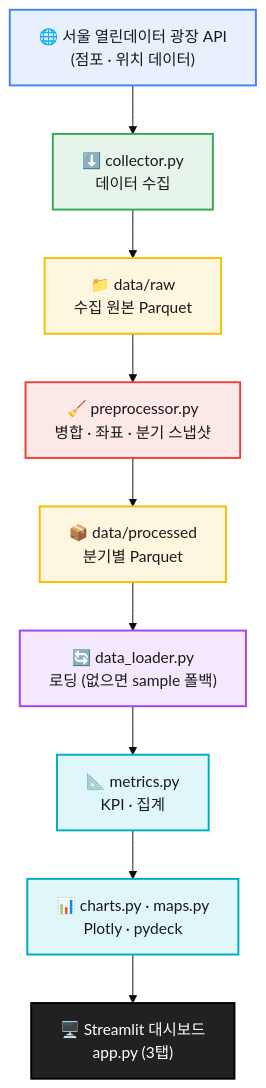
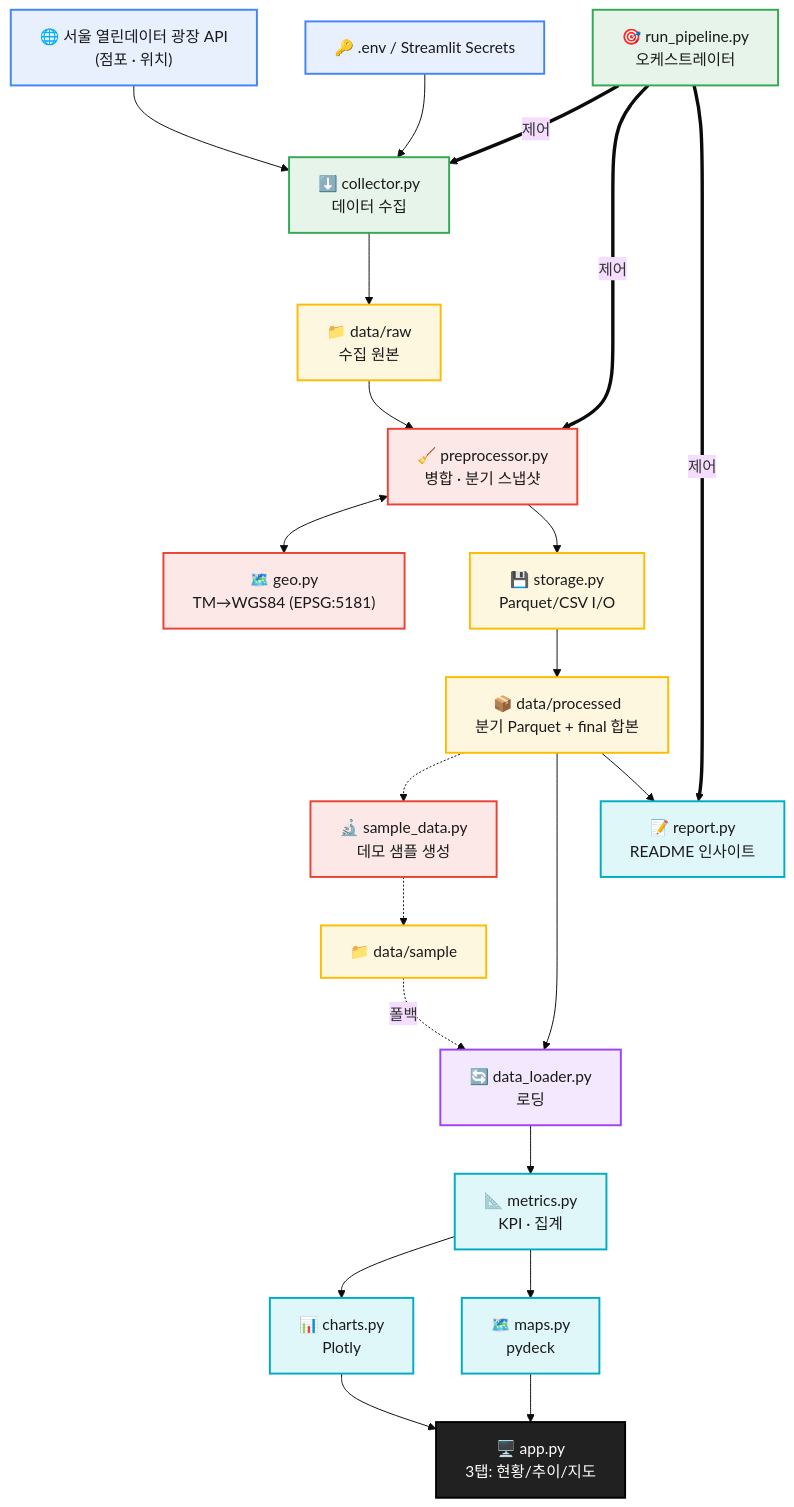
The diagram in README.md (JamesRhee1/seoul-local-market-remake), drawn with Mermaid (base theme) before and after one commit. The commit also changed other lines of this file and 1 other file, not shown here.

Commit message:
Sync README and project notes with current pipeline architecture.
Add run_pipeline orchestration, storage/geo/sample_data nodes, and 52-test CI layout to docs.

````diff
--- a/README.md
+++ b/README.md
@@ -243,22 +243,53 @@
 ```mermaid
 flowchart TD
-    A["🌐 서울 열린데이터 광장 API<br/>(점포 · 위치 데이터)"]:::source
-    B["⬇️ collector.py<br/>데이터 수집"]:::collect
-    C["📁 data/raw<br/>수집 원본 Parquet"]:::store
-    D["🧹 preprocessor.py<br/>병합 · 좌표 · 분기 스냅샷"]:::process
-    E["📦 data/processed<br/>분기별 Parquet"]:::store
-    F["🔄 data_loader.py<br/>로딩 (없으면 sample 폴백)"]:::load
-    G["📐 metrics.py<br/>KPI · 집계"]:::analyze
-    H["📊 charts.py · maps.py<br/>Plotly · pydeck"]:::analyze
-    I["🖥️ Streamlit 대시보드<br/>app.py (3탭)"]:::dashboard
+    API["🌐 서울 열린데이터 광장 API<br/>(점포 · 위치)"]:::source
+    ENV["🔑 .env / Streamlit Secrets"]:::source
+    ORCH["🎯 run_pipeline.py<br/>오케스트레이터"]:::collect
 
-    A --> B --> C --> D --> E --> F --> G --> H --> I
+    COL["⬇️ collector.py<br/>데이터 수집"]:::collect
+    RAW["📁 data/raw<br/>수집 원본"]:::store
+
+    PRE["🧹 preprocessor.py<br/>병합 · 분기 스냅샷"]:::process
+    GEO["🗺️ geo.py<br/>TM→WGS84 (EPSG:5181)"]:::process
+    STIO["💾 storage.py<br/>Parquet/CSV I/O"]:::store
+    PROC["📦 data/processed<br/>분기 Parquet + final 합본"]:::store
+
+    SMP["🔬 sample_data.py<br/>데모 샘플 생성"]:::process
+    SAMPDIR["📁 data/sample"]:::store
+
+    LOAD["🔄 data_loader.py<br/>로딩"]:::load
+    MET["📐 metrics.py<br/>KPI · 집계"]:::analyze
+    CHART["📊 charts.py<br/>Plotly"]:::analyze
+    MAPS["🗺️ maps.py<br/>pydeck"]:::analyze
+    RPT["📝 report.py<br/>README 인사이트"]:::analyze
+    APP["🖥️ app.py<br/>3탭: 현황/추이/지도"]:::dashboard
+
+    API --> COL
+    ENV --> COL
+    ORCH ==>|제어| COL
+    COL --> RAW
+    RAW --> PRE
+    PRE <--> GEO
+    PRE --> STIO
+    STIO --> PROC
+    ORCH ==>|제어| PRE
+    PROC -.-> SMP
+    SMP -.-> SAMPDIR
+    PROC --> LOAD
+    SAMPDIR -.->|폴백| LOAD
+    LOAD --> MET
+    MET --> CHART
+    MET --> MAPS
+    CHART --> APP
+    MAPS --> APP
+    ORCH ==>|제어| RPT
+    PROC --> RPT
 
     classDef source fill:#E8F0FE,stroke:#4285F4,stroke-width:2px,color:#1a1a1a;
     classDef collect fill:#E6F4EA,stroke:#34A853,stroke-width:2px,color:#1a1a1a;
     classDef store fill:#FEF7E0,stroke:#FBBC04,stroke-width:2px,color:#1a1a1a;
     classDef process fill:#FCE8E6,stroke:#EA4335,stroke-width:2px,color:#1a1a1a;
     classDef load fill:#F3E8FD,stroke:#A142F4,stroke-width:2px,color:#1a1a1a;
     classDef analyze fill:#E0F7FA,stroke:#00ACC1,stroke-width:2px,color:#1a1a1a;
     classDef dashboard fill:#212121,stroke:#000000,stroke-width:2px,color:#ffffff;
 ```
````
